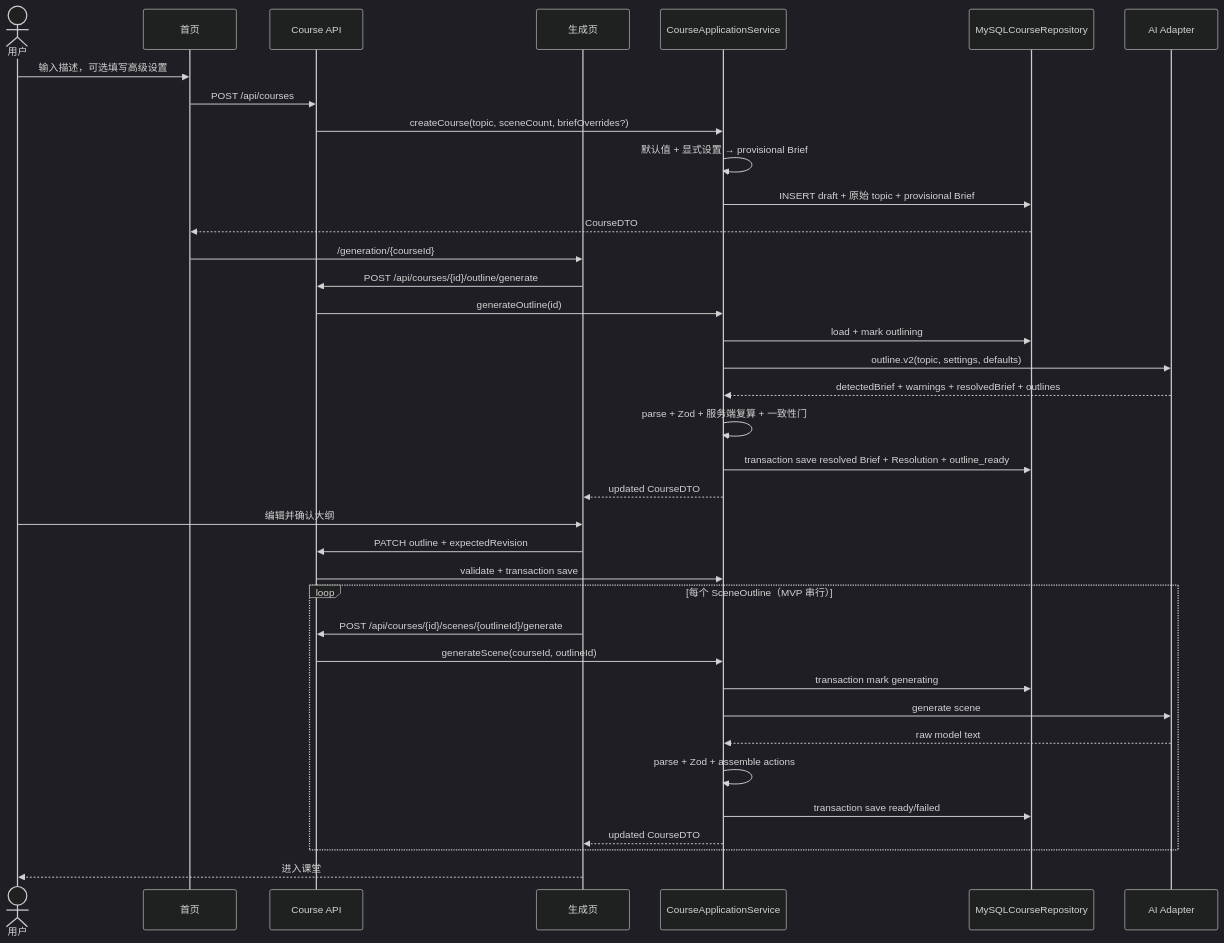
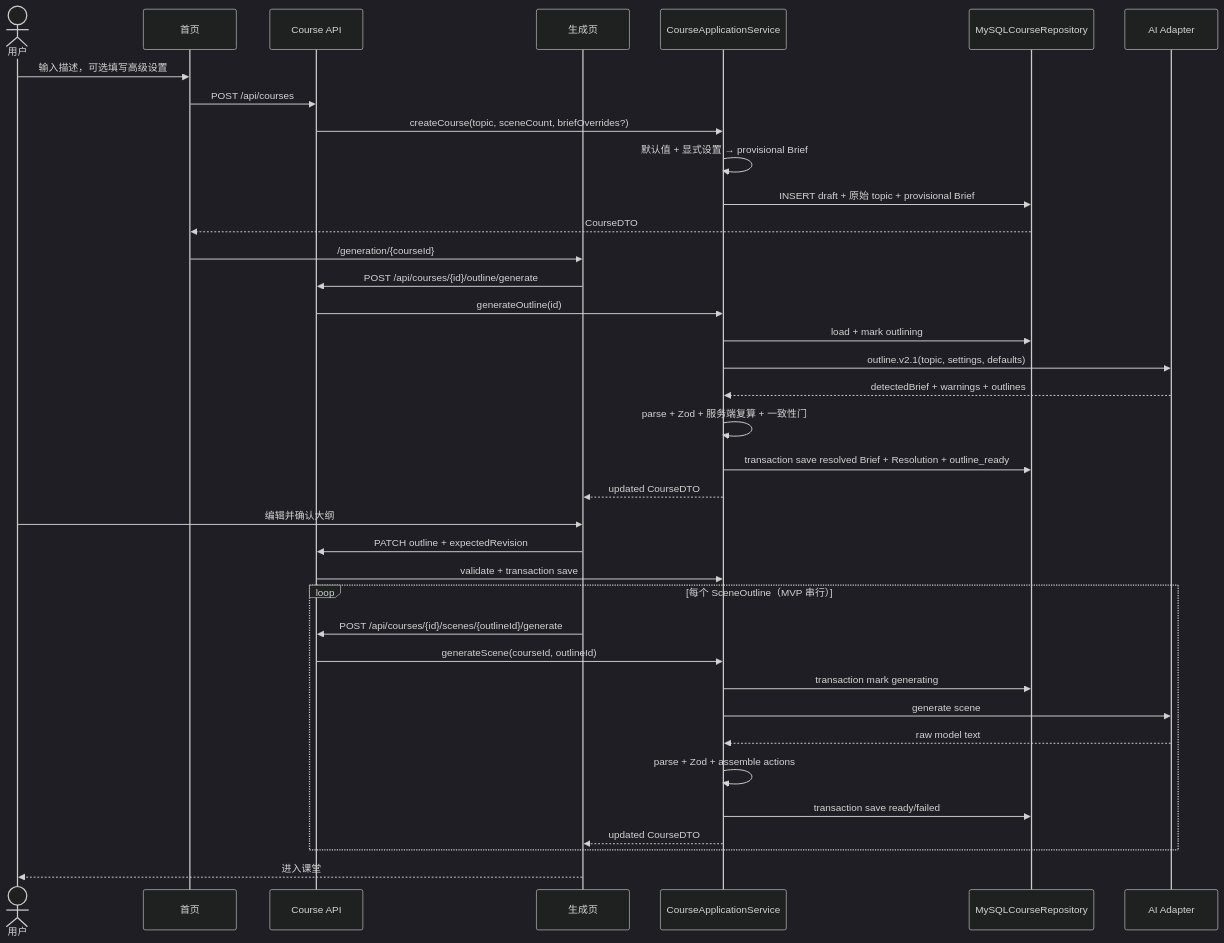
Before and after one commit to shuige666666/ai-teaching-assistance-platform: the third of 4 diagrams in docs/03-architecture.md, drawn with Mermaid (dark theme). The commit also changed other lines of this file and 28 other files, not shown here.

````diff
--- a/docs/03-architecture.md
+++ b/docs/03-architecture.md
@@ -333,42 +333,42 @@
 ```mermaid
 sequenceDiagram
     actor U as 用户
     participant H as 首页
     participant C as Course API
     participant G as 生成页
     participant A as CourseApplicationService
     participant R as MySQLCourseRepository
     participant M as AI Adapter
 
     U->>H: 输入描述，可选填写高级设置
     H->>C: POST /api/courses
     C->>A: createCourse(topic, sceneCount, briefOverrides?)
     A->>A: 默认值 + 显式设置 → provisional Brief
     A->>R: INSERT draft + 原始 topic + provisional Brief
     R-->>H: CourseDTO
     H->>G: /generation/{courseId}
     G->>C: POST /api/courses/{id}/outline/generate
     C->>A: generateOutline(id)
     A->>R: load + mark outlining
-    A->>M: outline.v2(topic, settings, defaults)
-    M-->>A: detectedBrief + warnings + resolvedBrief + outlines
+    A->>M: outline.v2.1(topic, settings, defaults)
+    M-->>A: detectedBrief + warnings + outlines
     A->>A: parse + Zod + 服务端复算 + 一致性门
     A->>R: transaction save resolved Brief + Resolution + outline_ready
     A-->>G: updated CourseDTO
     U->>G: 编辑并确认大纲
     G->>C: PATCH outline + expectedRevision
     C->>A: validate + transaction save
 
     loop 每个 SceneOutline（MVP 串行）
       G->>C: POST /api/courses/{id}/scenes/{outlineId}/generate
       C->>A: generateScene(courseId, outlineId)
       A->>R: transaction mark generating
       A->>M: generate scene
       M-->>A: raw model text
       A->>A: parse + Zod + assemble actions
       A->>R: transaction save ready/failed
       A-->>G: updated CourseDTO
     end
 
     G-->>U: 进入课堂
 ```
````
